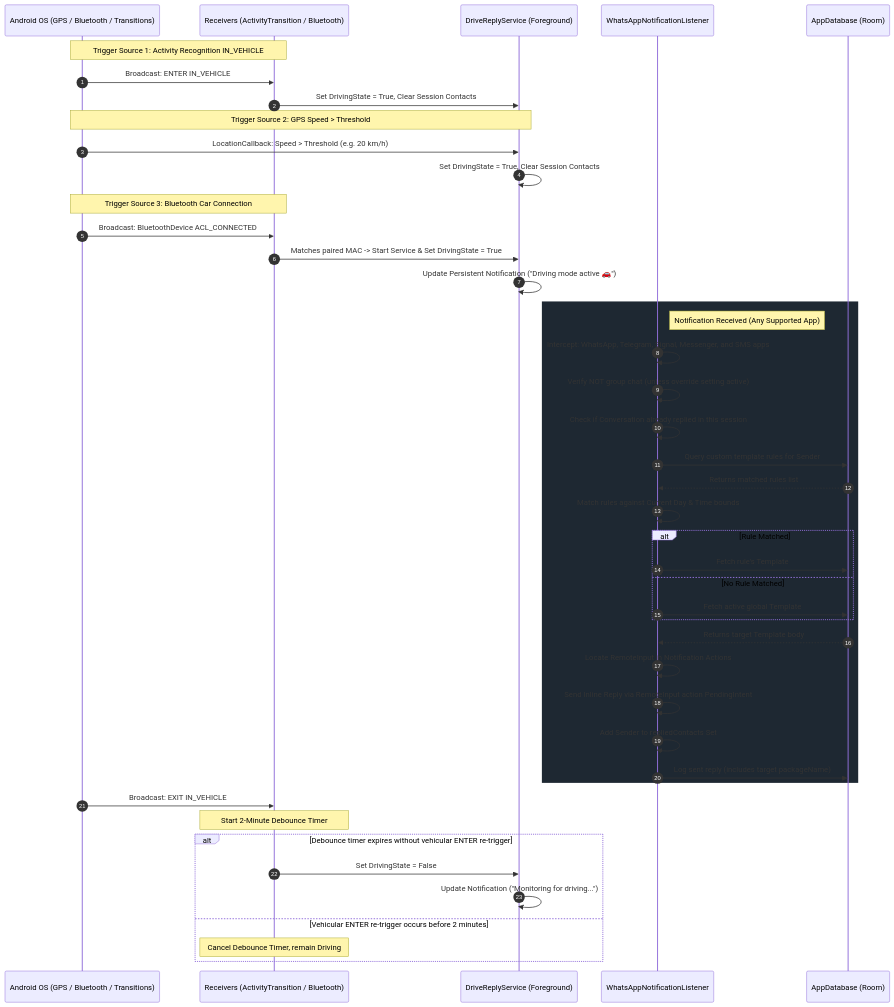
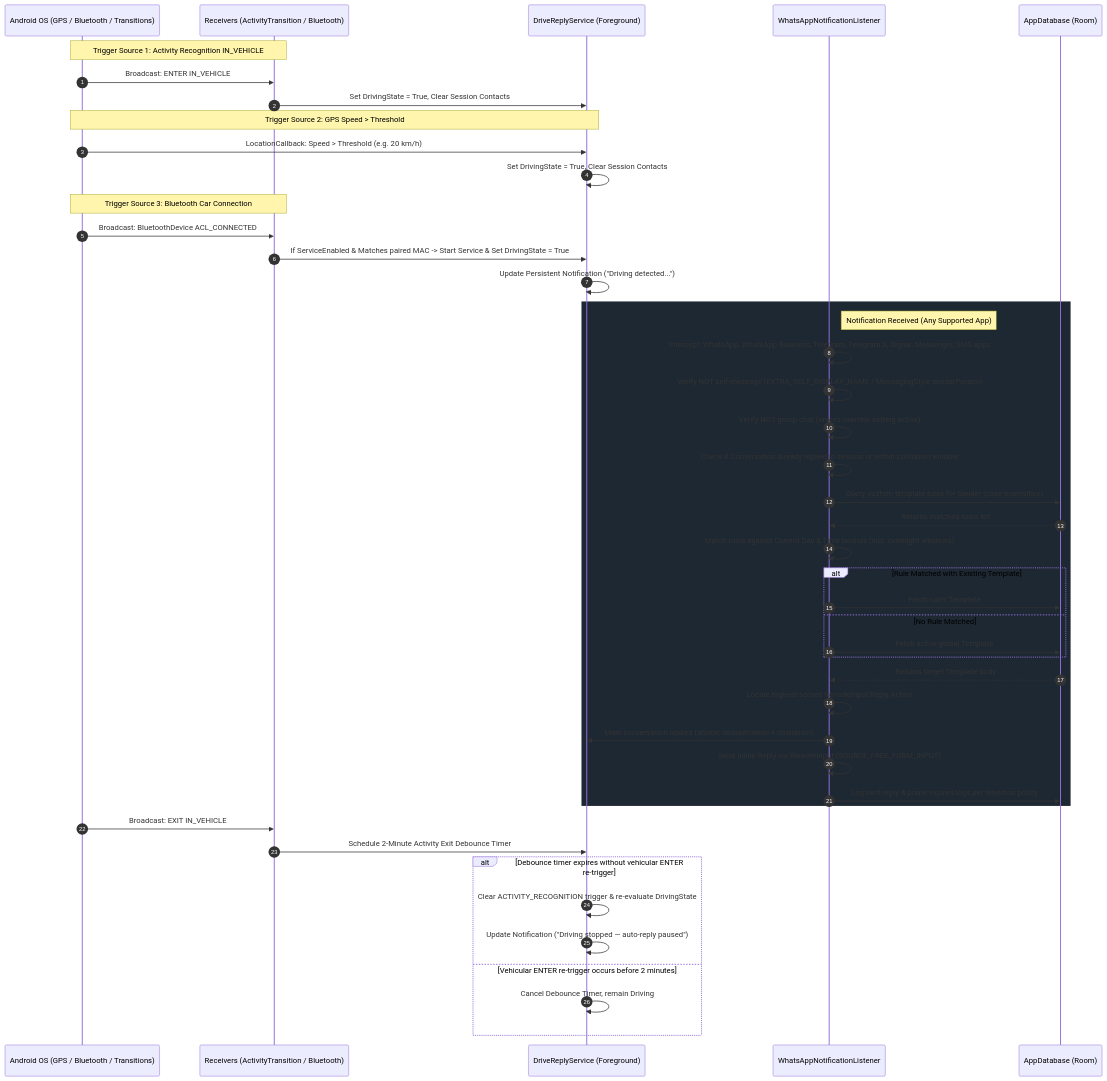
Before and after one commit to richiesamlie/DriveReply: the first of 2 diagrams in docs/ARCHITECTURE.md, drawn with Mermaid. The commit also changed other lines of this file and 11 other files, not shown here.

````diff
--- a/docs/ARCHITECTURE.md
+++ b/docs/ARCHITECTURE.md
@@ -11,52 +11,53 @@
 ```mermaid
 sequenceDiagram
     autonumber
     participant Sensors as Android OS (GPS / Bluetooth / Transitions)
     participant Recv as Receivers (ActivityTransition / Bluetooth)
     participant Service as DriveReplyService (Foreground)
     participant listener as WhatsAppNotificationListener
     participant DB as AppDatabase (Room)
 
     Note over Sensors, Recv: Trigger Source 1: Activity Recognition IN_VEHICLE
     Sensors->>Recv: Broadcast: ENTER IN_VEHICLE
     Recv->>Service: Set DrivingState = True, Clear Session Contacts
 
     Note over Sensors, Service: Trigger Source 2: GPS Speed > Threshold
     Sensors->>Service: LocationCallback: Speed > Threshold (e.g. 20 km/h)
     Service->>Service: Set DrivingState = True, Clear Session Contacts
 
     Note over Sensors, Recv: Trigger Source 3: Bluetooth Car Connection
     Sensors->>Recv: Broadcast: BluetoothDevice ACL_CONNECTED
-    Recv->>Service: Matches paired MAC -> Start Service & Set DrivingState = True
+    Recv->>Service: If ServiceEnabled & Matches paired MAC -> Start Service & Set DrivingState = True
 
-    Service->>Service: Update Persistent Notification ("Driving mode active 🚗")
+    Service->>Service: Update Persistent Notification ("Driving detected...")
     
     rect rgb(30, 40, 50)
         Note right of listener: Notification Received (Any Supported App)
-        listener->>listener: Intercept: WhatsApp, Telegram, Signal, Messenger, and SMS apps
+        listener->>listener: Intercept: WhatsApp, WhatsApp Business, Telegram, Telegram X, Signal, Messenger, SMS apps
+        listener->>listener: Verify NOT self-message (EXTRA_SELF_DISPLAY_NAME / MessagingStyle senderPerson)
         listener->>listener: Verify NOT group chat (unless override setting active)
-        listener->>listener: Check if Conversation already replied in this session
-        listener->>DB: Query custom template rules for Sender
+        listener->>listener: Check if Conversation already replied in session or within cooldown window
+        listener->>DB: Query custom template rules for Sender (case-insensitive)
         DB-->>listener: Returns matched rules list
-        listener->>listener: Match rules against Current Day & Time bounds
-        alt Rule Matched
+        listener->>listener: Match rules against Current Day & Time bounds (incl. overnight windows)
+        alt Rule Matched with Existing Template
             listener->>DB: Fetch rule's Template
         else No Rule Matched
             listener->>DB: Fetch active global Template
         end
         DB-->>listener: Returns target Template body
-        listener->>listener: Locate RemoteInput in Notification Actions
-        listener->>listener: Send Inline Reply via RemoteInput action PendingIntent
-        listener->>listener: Add Sender to repliedContacts Set
-        listener->>DB: Log sent reply (includes target packageName)
+        listener->>listener: Locate highest-scored RemoteInput Reply Action
+        listener->>Service: Mark conversation replied (atomic deduplication + cooldown)
+        listener->>listener: Send Inline Reply via RemoteInput (SOURCE_FREE_FORM_INPUT)
+        listener->>DB: Log sent reply & prune expired logs per retention policy
     end
 
     Sensors->>Recv: Broadcast: EXIT IN_VEHICLE
-    Note over Recv: Start 2-Minute Debounce Timer
+    Recv->>Service: Schedule 2-Minute Activity Exit Debounce Timer
     alt Debounce timer expires without vehicular ENTER re-trigger
-        Recv->>Service: Set DrivingState = False
-        Service->>Service: Update Notification ("Monitoring for driving...")
+        Service->>Service: Clear ACTIVITY_RECOGNITION trigger & re-evaluate DrivingState
+        Service->>Service: Update Notification ("Driving stopped — auto-reply paused")
     else Vehicular ENTER re-trigger occurs before 2 minutes
-        Note over Recv: Cancel Debounce Timer, remain Driving
+        Service->>Service: Cancel Debounce Timer, remain Driving
     end
 ```
````
